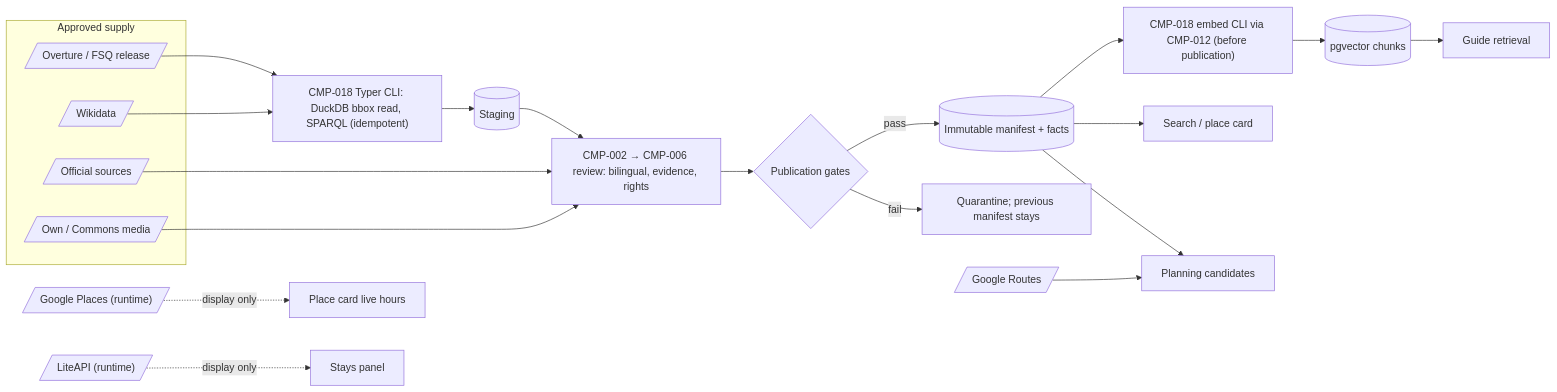
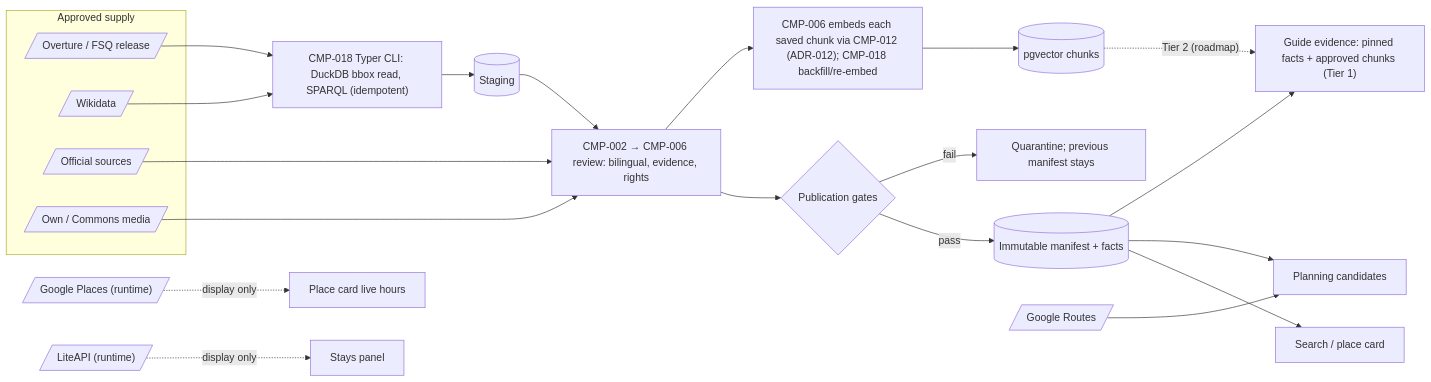
One commit to lnt-h/fyp_dana changed the tenth of 11 diagrams in docs/04-design/architecture/SAD.md. Above: the diagram before and after it, drawn with Mermaid. The commit also changed other lines of this file and 19 other files, not shown here.

First line of the commit message:
docs(design): align AI design — two-tier Guide evidence, multi-day OR-Tools model, embeddings on write

````diff
--- a/docs/04-design/architecture/SAD.md
+++ b/docs/04-design/architecture/SAD.md
@@ -798,17 +798,18 @@
 ```mermaid
 flowchart LR
   subgraph supply["Approved supply"]
     od[/"Overture / FSQ release"/]; wd[/"Wikidata"/]; off[/"Official sources"/]; med[/"Own / Commons media"/]
   end
   od & wd --> imp["CMP-018 Typer CLI: DuckDB bbox read, SPARQL (idempotent)"] --> stg[("Staging")]
   off & med --> cur["CMP-002 → CMP-006 review: bilingual, evidence, rights"]
   stg --> cur --> gate{"Publication gates"}
   gate -->|"pass"| man[("Immutable manifest + facts")]
   gate -->|"fail"| q["Quarantine; previous manifest stays"]
-  man --> emb["CMP-018 embed CLI via CMP-012 (before publication)"] --> vec[("pgvector chunks")]
+  cur --> emb["CMP-006 embeds each saved chunk via CMP-012 (ADR-012); CMP-018 backfill/re-embed"] --> vec[("pgvector chunks")]
   man --> srch["Search / place card"] & plan["Planning candidates"]
-  vec --> guide["Guide retrieval"]
+  man --> guide["Guide evidence: pinned facts + approved chunks (Tier 1)"]
+  vec -. "Tier 2 (roadmap)" .-> guide
   plc[/"Google Places (runtime)"/] -. "display only" .-> card["Place card live hours"]
   rts[/"Google Routes"/] --> plan
   lite[/"LiteAPI (runtime)"/] -. "display only" .-> stays["Stays panel"]
 ```
````
